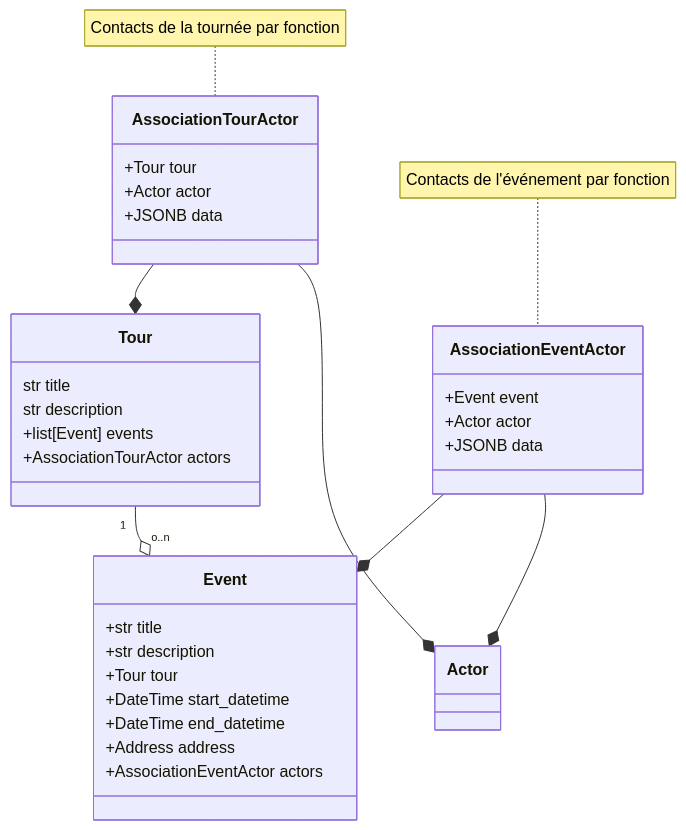
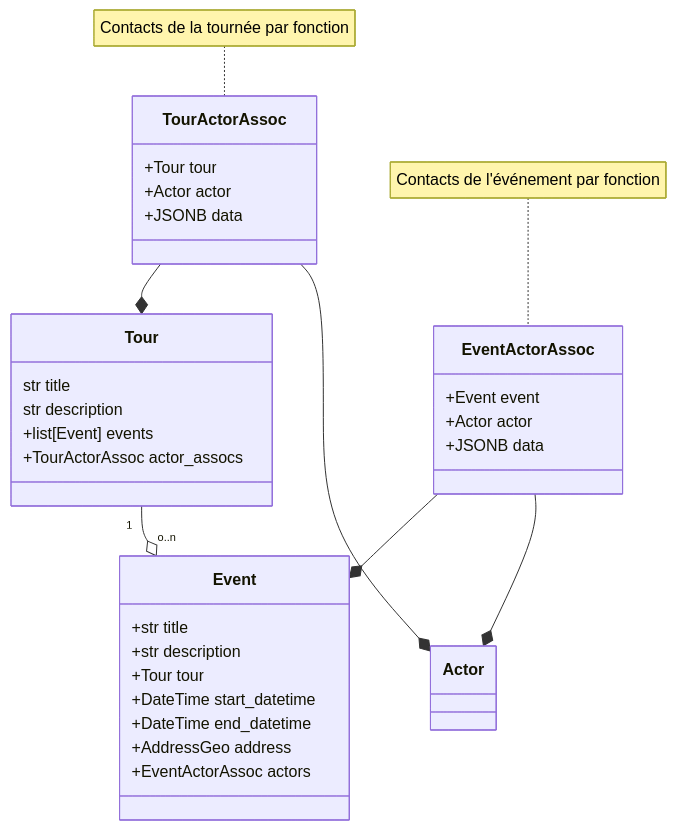
The second of 3 diagrams in doc/modeles.md (cmerot/surlaroute), drawn with Mermaid before and after one commit. The commit also changed other lines of this file, not shown here.

````diff
--- a/doc/modeles.md
+++ b/doc/modeles.md
@@ -130,36 +128,36 @@
 ```mermaid
 classDiagram
-    AssociationTourActor --* Tour
-    AssociationTourActor --* Actor
-    AssociationEventActor --* Event
-    AssociationEventActor --* Actor
+    TourActorAssoc --* Tour
+    TourActorAssoc --* Actor
+    EventActorAssoc --* Event
+    EventActorAssoc --* Actor
     Tour "1" --o "o..n" Event
-    note for AssociationTourActor "Contacts de la tournée par fonction"
-    note for AssociationEventActor "Contacts de l'événement par fonction"
+    note for TourActorAssoc "Contacts de la tournée par fonction"
+    note for EventActorAssoc "Contacts de l'événement par fonction"
     class Tour {
         str title
         str description
         +list[Event] events
-        +AssociationTourActor actors
+        +TourActorAssoc actor_assocs
     }
     class Event {
         +str title
         +str description
         +Tour tour
         +DateTime start_datetime
         +DateTime end_datetime
-        +Address address
-        +AssociationEventActor actors
+        +AddressGeo address
+        +EventActorAssoc actors
     }
-    class AssociationTourActor {
+    class TourActorAssoc {
         +Tour tour
         +Actor actor
         +JSONB data
     }
-    class AssociationEventActor {
+    class EventActorAssoc {
         +Event event
         +Actor actor
         +JSONB data
     }
 
 ```
````
